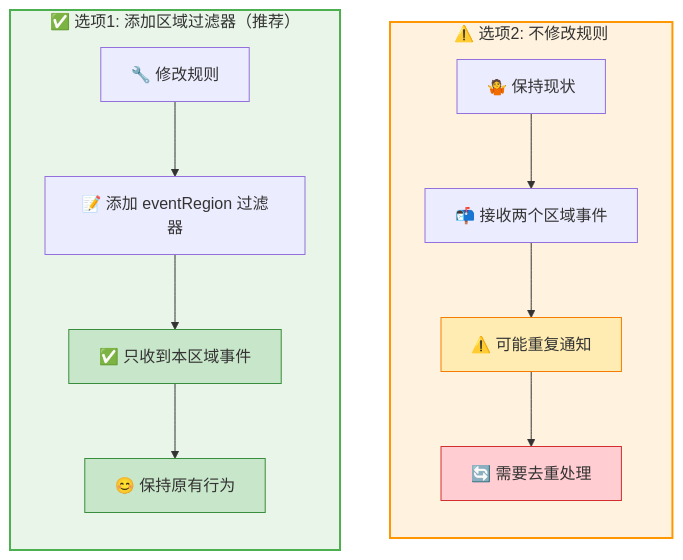
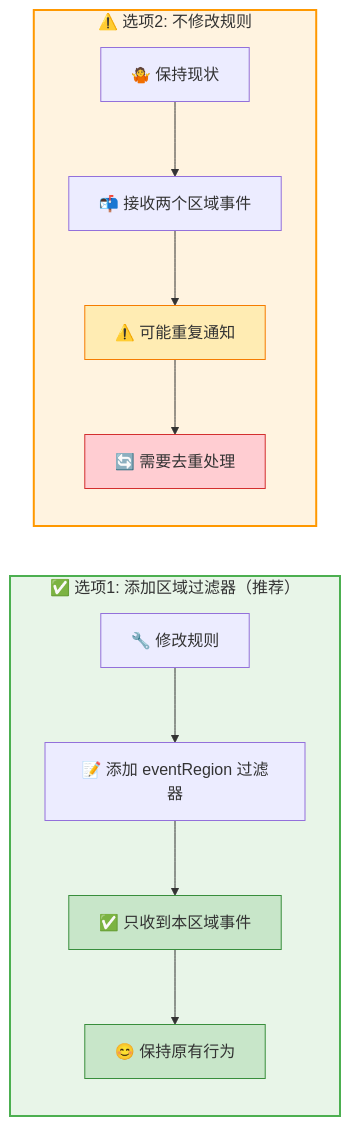
The third of 3 diagrams in README.md (mengchen-tam/event-bridge-health-change-for-backup-region), drawn with Mermaid before and after one commit. The commit also changed other lines of this file, not shown here.

Commit message:
Fix Mermaid syntax errors and simplify flowchart layout

````diff
--- a/README.md
+++ b/README.md
@@ -84,25 +80,21 @@
 ```mermaid
 flowchart LR
     subgraph Option1["✅ 选项1: 添加区域过滤器（推荐）"]
-        direction TB
         A1[🔧 修改规则] --> B1[📝 添加 eventRegion 过滤器]
         B1 --> C1[✅ 只收到本区域事件]
         C1 --> D1[😊 保持原有行为]
     end
     
     subgraph Option2["⚠️ 选项2: 不修改规则"]
-        direction TB
         A2[🤷 保持现状] --> B2[📬 接收两个区域事件]
         B2 --> C2[⚠️ 可能重复通知]
         C2 --> D2[🔄 需要去重处理]
     end
-    
-    Option1 ~~~ Option2
     
     style Option1 fill:#e8f5e8,stroke:#4caf50,stroke-width:2px
     style Option2 fill:#fff3e0,stroke:#ff9800,stroke-width:2px
     style C1 fill:#c8e6c9,stroke:#388e3c
     style D1 fill:#c8e6c9,stroke:#388e3c
     style C2 fill:#ffecb3,stroke:#f57c00
     style D2 fill:#ffcdd2,stroke:#d32f2f
 ```
````
